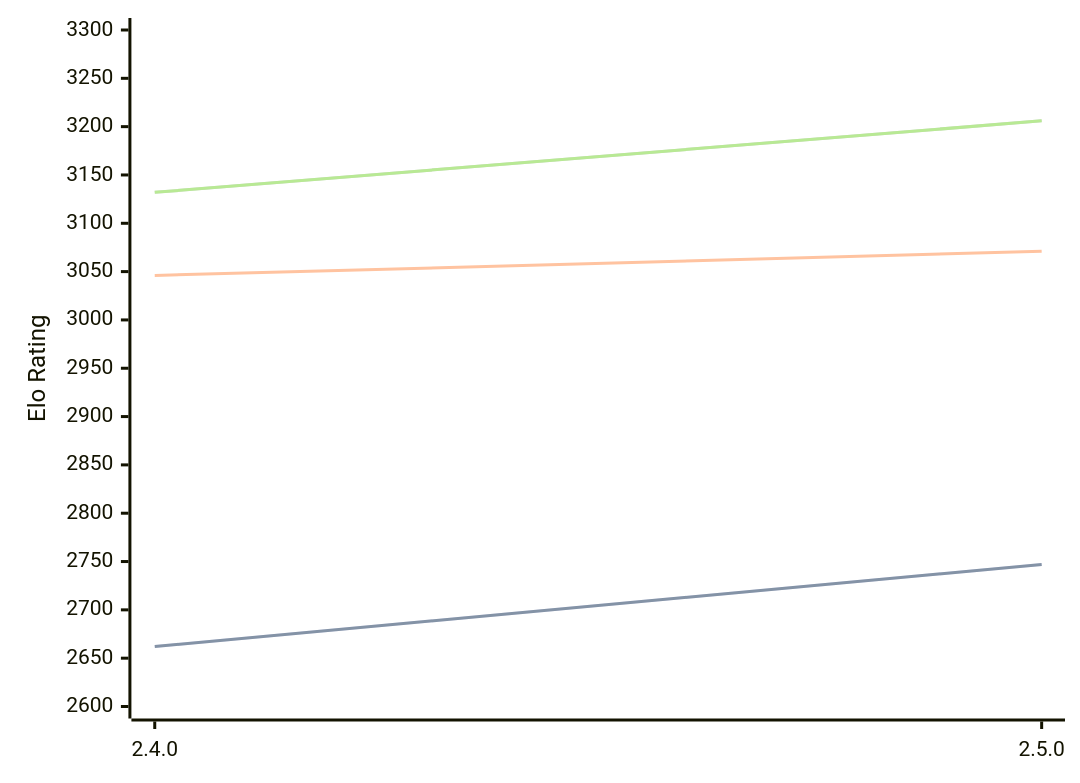
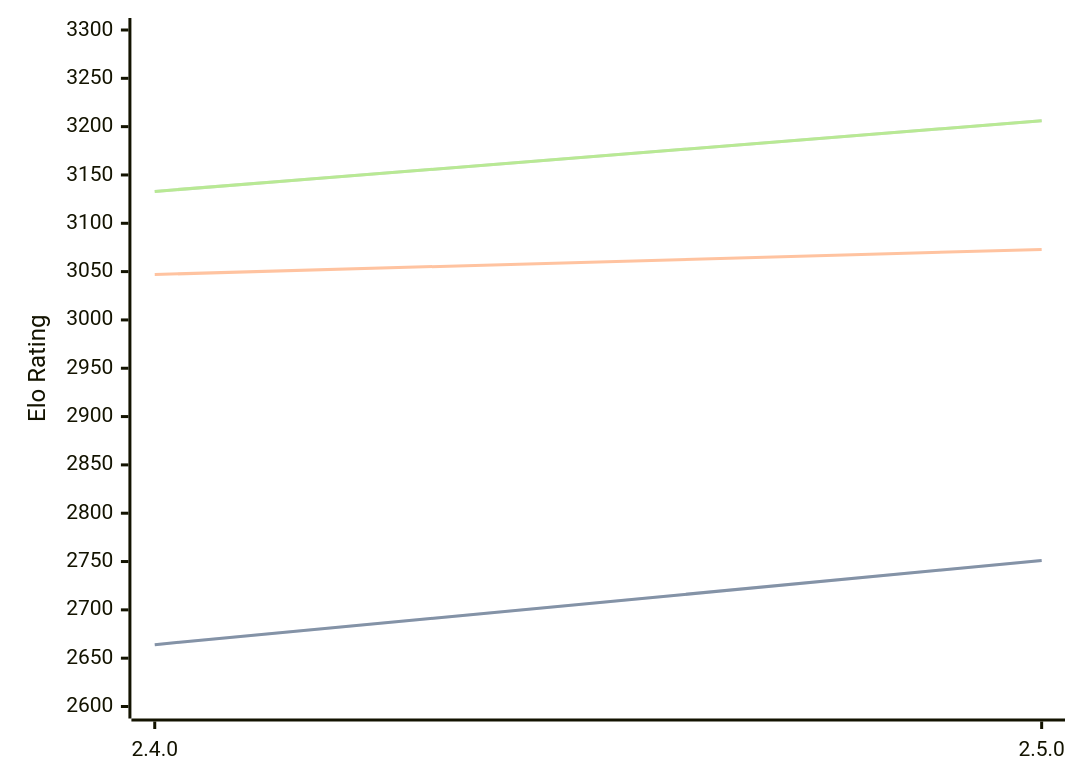
Before and after one commit to computer-chess-index/cci: the diagram in engines/Sturddle2.md, drawn with Mermaid. The commit also changed other lines of this file, not shown here.

Commit message:
Update CCI Ratings (ELO VLTC) - 2026-05-01

````diff
--- a/engines/Sturddle2.md
+++ b/engines/Sturddle2.md
@@ -37,11 +37,11 @@
 ```mermaid
 %%{init: {"theme":"base","themeVariables":{"seriesColors:['#a3a3a3','#222221','#faa371']}}}%%
 xychart-beta
   x-axis ["2.4.0", "2.5.0"]
   y-axis "Elo Rating" 2600 --> 3300
-  line "STC (8.0+0.08s)" [2662, 2747]
-  line "STC (8.0+0.08s)" [2662, 2747]
-  line "LTC (60.0+0.60s)" [3046, 3071]
-  line "VLTC (2m24s+1.12s)" [3132, 3206]
-  line "VLTC (2m24s+1.12s)" [3132, 3206]
+  line "STC (8.0+0.08s)" [2664, 2751]
+  line "STC (8.0+0.08s)" [2664, 2751]
+  line "LTC (60.0+0.60s)" [3047, 3073]
+  line "VLTC (2m24s+1.12s)" [3133, 3206]
+  line "VLTC (2m24s+1.12s)" [3133, 3206]
 ```
````
